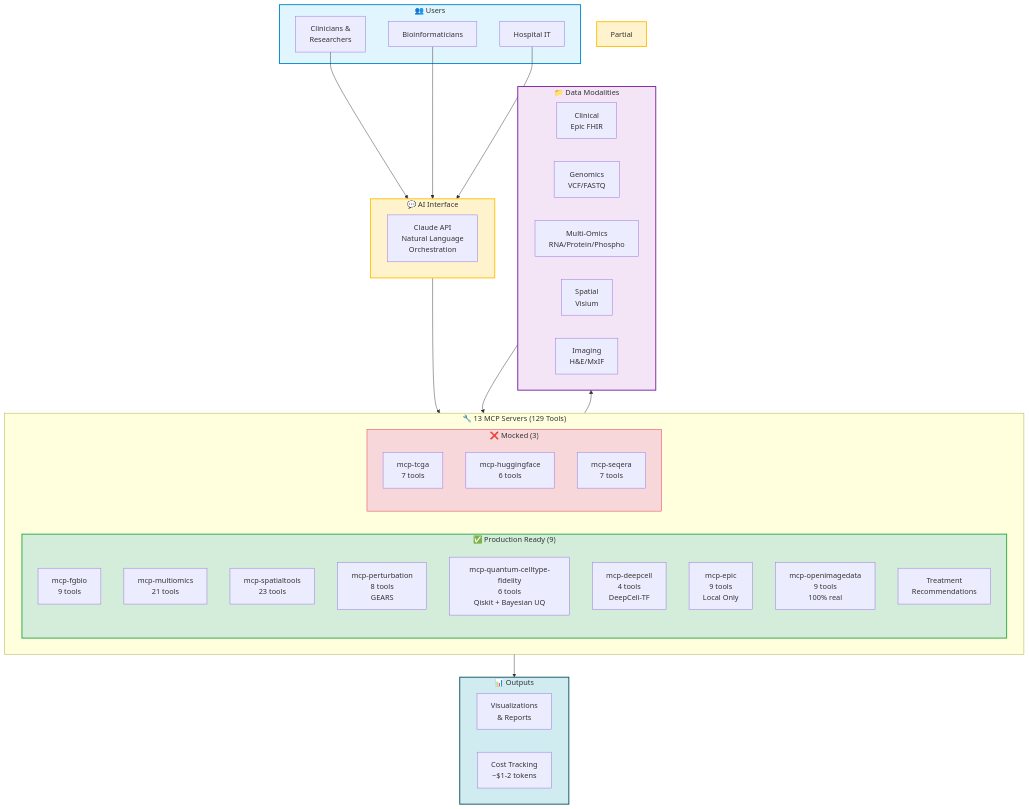
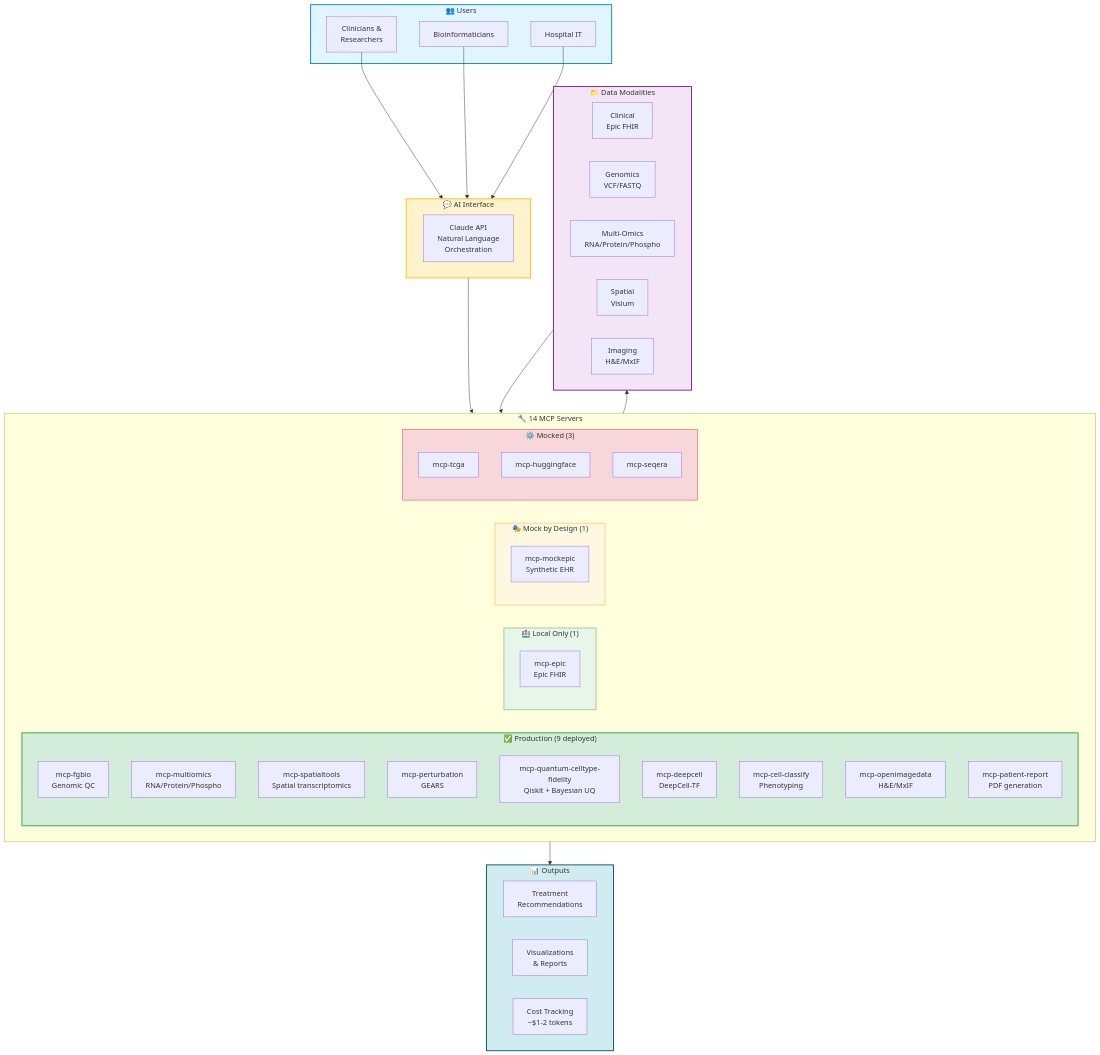
The diagram in docs/for-funders/EXECUTIVE_SUMMARY.md (raymond301/precision-medicine-mcp), drawn with Mermaid before and after one commit. The commit also changed other lines of this file and 10 other files, not shown here.

````diff
--- a/docs/for-funders/EXECUTIVE_SUMMARY.md
+++ b/docs/for-funders/EXECUTIVE_SUMMARY.md
@@ -13,66 +13,75 @@
 ```mermaid
 graph TB
     subgraph Users["👥 Users"]
         CLIN[Clinicians &<br/>Researchers]
         BIO[Bioinformaticians]
         ADMIN[Hospital IT]
     end
 
     subgraph Interface["💬 AI Interface"]
         CLAUDE[Claude API<br/>Natural Language<br/>Orchestration]
     end
 
-    subgraph Servers["🔧 13 MCP Servers (129 Tools)"]
+    subgraph Servers["🔧 14 MCP Servers"]
         direction LR
-        subgraph Production["✅ Production Ready (9)"]
-            FGBIO[mcp-fgbio<br/>9 tools]
-            MULTI[mcp-multiomics<br/>21 tools]
-            SPATIAL[mcp-spatialtools<br/>23 tools]
-            PERTURB[mcp-perturbation<br/>8 tools<br/>GEARS]
-            QUANTUM[mcp-quantum-celltype-fidelity<br/>6 tools<br/>Qiskit + Bayesian UQ]
-            DEEP[mcp-deepcell<br/>4 tools<br/>DeepCell-TF]
-            EPIC[mcp-epic<br/>9 tools<br/>Local Only]
-            IMAGE[mcp-openimagedata<br/>9 tools<br/>100% real]
-            REPORT[mcp-patient-report<br/>5 tools<br/>PDF generation]
+        subgraph Production["✅ Production (9 deployed)"]
+            FGBIO[mcp-fgbio<br/>Genomic QC]
+            MULTI[mcp-multiomics<br/>RNA/Protein/Phospho]
+            SPATIAL[mcp-spatialtools<br/>Spatial transcriptomics]
+            PERTURB[mcp-perturbation<br/>GEARS]
+            QUANTUM[mcp-quantum-celltype-fidelity<br/>Qiskit + Bayesian UQ]
+            DEEP[mcp-deepcell<br/>DeepCell-TF]
+            CELLCLASS[mcp-cell-classify<br/>Phenotyping]
+            IMAGE[mcp-openimagedata<br/>H&E/MxIF]
+            PATREPORT[mcp-patient-report<br/>PDF generation]
         end
 
-        subgraph Mocked["❌ Mocked (3)"]
-            TCGA[mcp-tcga<br/>7 tools]
-            HF[mcp-huggingface<br/>6 tools]
-            SEQ[mcp-seqera<br/>7 tools]
+        subgraph LocalOnly["🏥 Local Only (1)"]
+            EPIC[mcp-epic<br/>Epic FHIR]
+        end
+
+        subgraph MockDesign["🎭 Mock by Design (1)"]
+            MOCKEPIC[mcp-mockepic<br/>Synthetic EHR]
+        end
+
+        subgraph Mocked["⚙️ Mocked (3)"]
+            TCGA[mcp-tcga]
+            HF[mcp-huggingface]
+            SEQ[mcp-seqera]
         end
     end
 
     subgraph Data["📁 Data Modalities"]
         CLINICAL[Clinical<br/>Epic FHIR]
         GENOMIC[Genomics<br/>VCF/FASTQ]
         OMICS[Multi-Omics<br/>RNA/Protein/Phospho]
         SPAT[Spatial<br/>Visium]
         IMG[Imaging<br/>H&E/MxIF]
     end
 
     subgraph Output["📊 Outputs"]
-        REPORT[Treatment<br/>Recommendations]
+        RECS[Treatment<br/>Recommendations]
         VIZ[Visualizations<br/>& Reports]
         COST[Cost Tracking<br/>~$1-2 tokens]
     end
 
     CLIN --> Interface
     BIO --> Interface
     ADMIN --> Interface
 
     Interface --> Servers
 
     Servers --> Data
     Data --> Servers
 
     Servers --> Output
 
     style Users fill:#e1f5ff,stroke:#0288d1,stroke-width:2px
     style Interface fill:#fff3cd,stroke:#ffc107,stroke-width:2px
     style Production fill:#d4edda,stroke:#28a745,stroke-width:2px
-    style Partial fill:#fff3cd,stroke:#ffc107,stroke-width:2px
+    style LocalOnly fill:#e8f5e9,stroke:#43a047,stroke-width:1px
+    style MockDesign fill:#fff8e1,stroke:#f9a825,stroke-width:1px
     style Mocked fill:#f8d7da,stroke:#dc3545,stroke-width:1px
     style Data fill:#f3e5f5,stroke:#7b1fa2,stroke-width:2px
     style Output fill:#d1ecf1,stroke:#0c5460,stroke-width:2px
 ```
````
